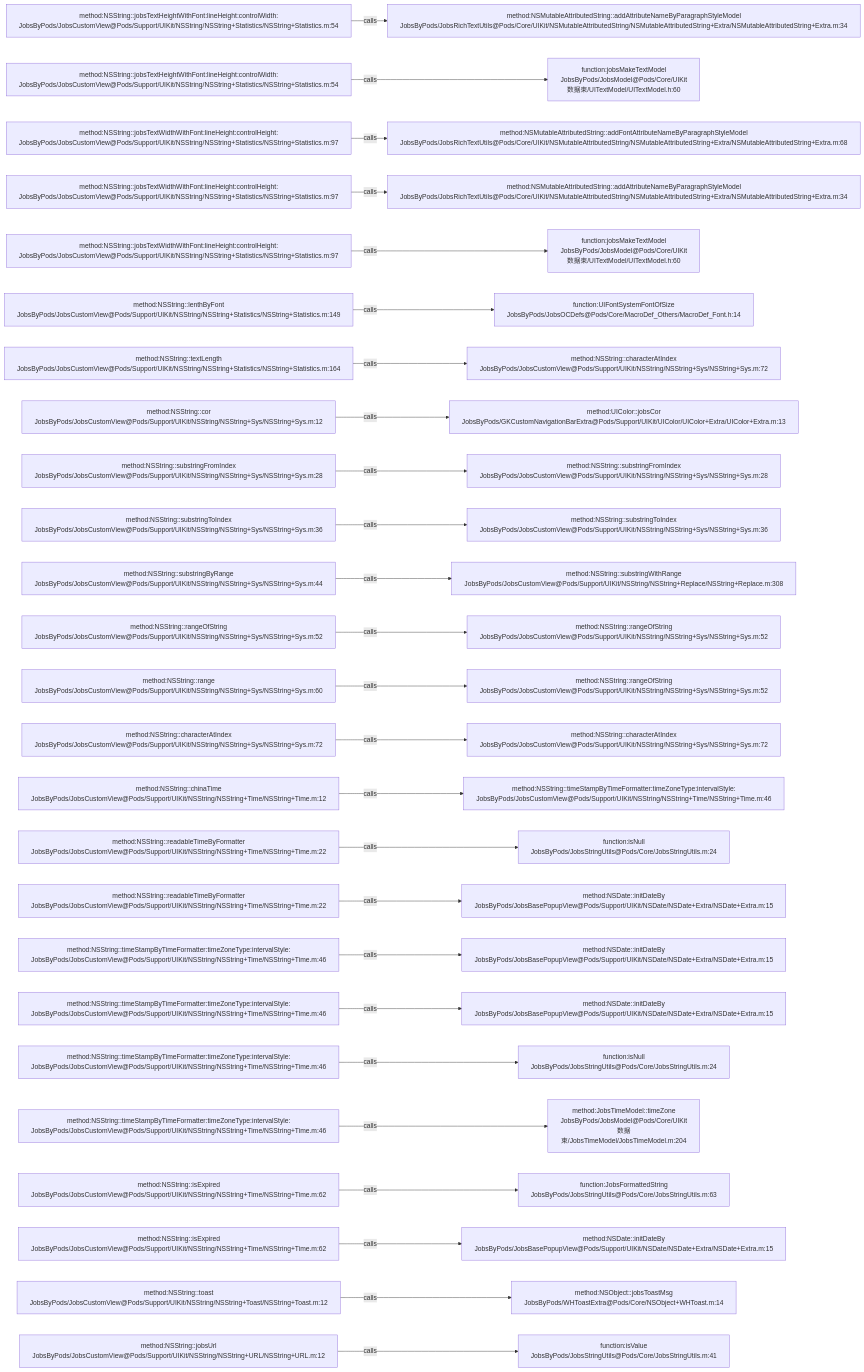
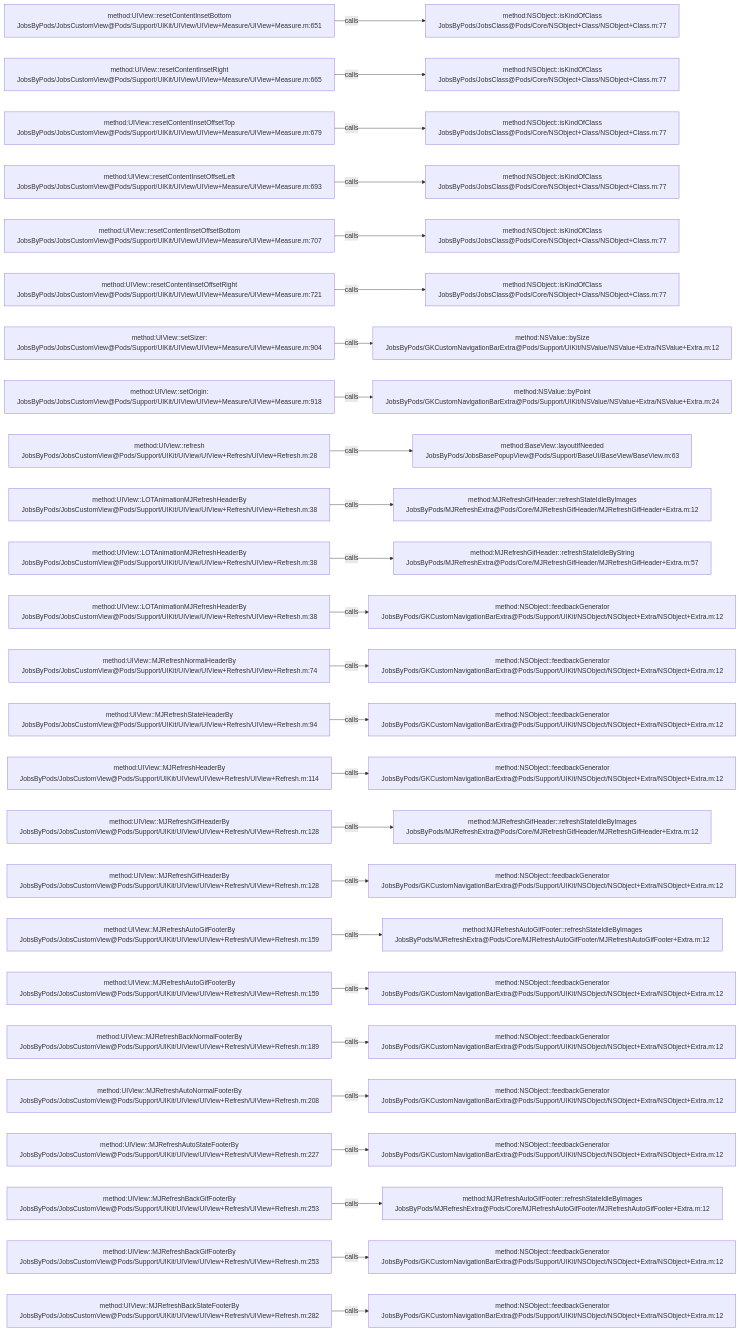
Before and after one commit to JobsKits/JobsOCBaseConfigDemo: the diagram in .codegraph/codegraph.md/graphs/calls-087.md, drawn with Mermaid. The commit also changed 639 other files, not shown here.

````diff
--- a/.codegraph/codegraph.md/graphs/calls-087.md
+++ b/.codegraph/codegraph.md/graphs/calls-087.md
@@ -13,78 +13,78 @@
 ```mermaid
 flowchart LR
-  S1["method:NSString::jobsTextHeightWithFont:lineHeight:controlWidth:<br/>JobsByPods/JobsCustomView@Pods/Support/UIKit/NSString/NSString+Statistics/NSString+Statistics.m:54"]
-  T1["method:NSMutableAttributedString::addAttributeNameByParagraphStyleModel<br/>JobsByPods/JobsRichTextUtils@Pods/Core/UIKit/NSMutableAttributedString/NSMutableAttributedString+Extra/NSMutableAttributedString+Extra.m:34"]
+  S1["method:UIView::resetContentInsetBottom<br/>JobsByPods/JobsCustomView@Pods/Support/UIKit/UIView/UIView+Measure/UIView+Measure.m:651"]
+  T1["method:NSObject::isKindOfClass<br/>JobsByPods/JobsClass@Pods/Core/NSObject+Class/NSObject+Class.m:77"]
   S1 -->|calls| T1
-  S2["method:NSString::jobsTextHeightWithFont:lineHeight:controlWidth:<br/>JobsByPods/JobsCustomView@Pods/Support/UIKit/NSString/NSString+Statistics/NSString+Statistics.m:54"]
-  T2["function:jobsMakeTextModel<br/>JobsByPods/JobsModel@Pods/Core/UIKit数据束/UITextModel/UITextModel.h:60"]
+  S2["method:UIView::resetContentInsetRight<br/>JobsByPods/JobsCustomView@Pods/Support/UIKit/UIView/UIView+Measure/UIView+Measure.m:665"]
+  T2["method:NSObject::isKindOfClass<br/>JobsByPods/JobsClass@Pods/Core/NSObject+Class/NSObject+Class.m:77"]
   S2 -->|calls| T2
-  S3["method:NSString::jobsTextWidthWithFont:lineHeight:controlHeight:<br/>JobsByPods/JobsCustomView@Pods/Support/UIKit/NSString/NSString+Statistics/NSString+Statistics.m:97"]
-  T3["method:NSMutableAttributedString::addFontAttributeNameByParagraphStyleModel<br/>JobsByPods/JobsRichTextUtils@Pods/Core/UIKit/NSMutableAttributedString/NSMutableAttributedString+Extra/NSMutableAttributedString+Extra.m:68"]
+  S3["method:UIView::resetContentInsetOffsetTop<br/>JobsByPods/JobsCustomView@Pods/Support/UIKit/UIView/UIView+Measure/UIView+Measure.m:679"]
+  T3["method:NSObject::isKindOfClass<br/>JobsByPods/JobsClass@Pods/Core/NSObject+Class/NSObject+Class.m:77"]
   S3 -->|calls| T3
-  S4["method:NSString::jobsTextWidthWithFont:lineHeight:controlHeight:<br/>JobsByPods/JobsCustomView@Pods/Support/UIKit/NSString/NSString+Statistics/NSString+Statistics.m:97"]
-  T4["method:NSMutableAttributedString::addAttributeNameByParagraphStyleModel<br/>JobsByPods/JobsRichTextUtils@Pods/Core/UIKit/NSMutableAttributedString/NSMutableAttributedString+Extra/NSMutableAttributedString+Extra.m:34"]
+  S4["method:UIView::resetContentInsetOffsetLeft<br/>JobsByPods/JobsCustomView@Pods/Support/UIKit/UIView/UIView+Measure/UIView+Measure.m:693"]
+  T4["method:NSObject::isKindOfClass<br/>JobsByPods/JobsClass@Pods/Core/NSObject+Class/NSObject+Class.m:77"]
   S4 -->|calls| T4
-  S5["method:NSString::jobsTextWidthWithFont:lineHeight:controlHeight:<br/>JobsByPods/JobsCustomView@Pods/Support/UIKit/NSString/NSString+Statistics/NSString+Statistics.m:97"]
-  T5["function:jobsMakeTextModel<br/>JobsByPods/JobsModel@Pods/Core/UIKit数据束/UITextModel/UITextModel.h:60"]
+  S5["method:UIView::resetContentInsetOffsetBottom<br/>JobsByPods/JobsCustomView@Pods/Support/UIKit/UIView/UIView+Measure/UIView+Measure.m:707"]
+  T5["method:NSObject::isKindOfClass<br/>JobsByPods/JobsClass@Pods/Core/NSObject+Class/NSObject+Class.m:77"]
   S5 -->|calls| T5
-  S6["method:NSString::lenthByFont<br/>JobsByPods/JobsCustomView@Pods/Support/UIKit/NSString/NSString+Statistics/NSString+Statistics.m:149"]
-  T6["function:UIFontSystemFontOfSize<br/>JobsByPods/JobsOCDefs@Pods/Core/MacroDef_Others/MacroDef_Font.h:14"]
+  S6["method:UIView::resetContentInsetOffsetRight<br/>JobsByPods/JobsCustomView@Pods/Support/UIKit/UIView/UIView+Measure/UIView+Measure.m:721"]
+  T6["method:NSObject::isKindOfClass<br/>JobsByPods/JobsClass@Pods/Core/NSObject+Class/NSObject+Class.m:77"]
   S6 -->|calls| T6
-  S7["method:NSString::textLength<br/>JobsByPods/JobsCustomView@Pods/Support/UIKit/NSString/NSString+Statistics/NSString+Statistics.m:164"]
-  T7["method:NSString::characterAtIndex<br/>JobsByPods/JobsCustomView@Pods/Support/UIKit/NSString/NSString+Sys/NSString+Sys.m:72"]
+  S7["method:UIView::setSizer:<br/>JobsByPods/JobsCustomView@Pods/Support/UIKit/UIView/UIView+Measure/UIView+Measure.m:904"]
+  T7["method:NSValue::bySize<br/>JobsByPods/GKCustomNavigationBarExtra@Pods/Support/UIKit/NSValue/NSValue+Extra/NSValue+Extra.m:12"]
   S7 -->|calls| T7
-  S8["method:NSString::cor<br/>JobsByPods/JobsCustomView@Pods/Support/UIKit/NSString/NSString+Sys/NSString+Sys.m:12"]
-  T8["method:UIColor::jobsCor<br/>JobsByPods/GKCustomNavigationBarExtra@Pods/Support/UIKit/UIColor/UIColor+Extra/UIColor+Extra.m:13"]
+  S8["method:UIView::setOrigin:<br/>JobsByPods/JobsCustomView@Pods/Support/UIKit/UIView/UIView+Measure/UIView+Measure.m:918"]
+  T8["method:NSValue::byPoint<br/>JobsByPods/GKCustomNavigationBarExtra@Pods/Support/UIKit/NSValue/NSValue+Extra/NSValue+Extra.m:24"]
   S8 -->|calls| T8
-  S9["method:NSString::substringFromIndex<br/>JobsByPods/JobsCustomView@Pods/Support/UIKit/NSString/NSString+Sys/NSString+Sys.m:28"]
-  T9["method:NSString::substringFromIndex<br/>JobsByPods/JobsCustomView@Pods/Support/UIKit/NSString/NSString+Sys/NSString+Sys.m:28"]
+  S9["method:UIView::refresh<br/>JobsByPods/JobsCustomView@Pods/Support/UIKit/UIView/UIView+Refresh/UIView+Refresh.m:28"]
+  T9["method:BaseView::layoutIfNeeded<br/>JobsByPods/JobsBasePopupView@Pods/Support/BaseUI/BaseView/BaseView.m:63"]
   S9 -->|calls| T9
-  S10["method:NSString::substringToIndex<br/>JobsByPods/JobsCustomView@Pods/Support/UIKit/NSString/NSString+Sys/NSString+Sys.m:36"]
-  T10["method:NSString::substringToIndex<br/>JobsByPods/JobsCustomView@Pods/Support/UIKit/NSString/NSString+Sys/NSString+Sys.m:36"]
+  S10["method:UIView::LOTAnimationMJRefreshHeaderBy<br/>JobsByPods/JobsCustomView@Pods/Support/UIKit/UIView/UIView+Refresh/UIView+Refresh.m:38"]
+  T10["method:MJRefreshGifHeader::refreshStateIdleByImages<br/>JobsByPods/MJRefreshExtra@Pods/Core/MJRefreshGifHeader/MJRefreshGifHeader+Extra.m:12"]
   S10 -->|calls| T10
-  S11["method:NSString::substringByRange<br/>JobsByPods/JobsCustomView@Pods/Support/UIKit/NSString/NSString+Sys/NSString+Sys.m:44"]
-  T11["method:NSString::substringWithRange<br/>JobsByPods/JobsCustomView@Pods/Support/UIKit/NSString/NSString+Replace/NSString+Replace.m:308"]
+  S11["method:UIView::LOTAnimationMJRefreshHeaderBy<br/>JobsByPods/JobsCustomView@Pods/Support/UIKit/UIView/UIView+Refresh/UIView+Refresh.m:38"]
+  T11["method:MJRefreshGifHeader::refreshStateIdleByString<br/>JobsByPods/MJRefreshExtra@Pods/Core/MJRefreshGifHeader/MJRefreshGifHeader+Extra.m:57"]
   S11 -->|calls| T11
-  S12["method:NSString::rangeOfString<br/>JobsByPods/JobsCustomView@Pods/Support/UIKit/NSString/NSString+Sys/NSString+Sys.m:52"]
-  T12["method:NSString::rangeOfString<br/>JobsByPods/JobsCustomView@Pods/Support/UIKit/NSString/NSString+Sys/NSString+Sys.m:52"]
+  S12["method:UIView::LOTAnimationMJRefreshHeaderBy<br/>JobsByPods/JobsCustomView@Pods/Support/UIKit/UIView/UIView+Refresh/UIView+Refresh.m:38"]
+  T12["method:NSObject::feedbackGenerator<br/>JobsByPods/GKCustomNavigationBarExtra@Pods/Support/UIKit/NSObject/NSObject+Extra/NSObject+Extra.m:12"]
   S12 -->|calls| T12
-  S13["method:NSString::range<br/>JobsByPods/JobsCustomView@Pods/Support/UIKit/NSString/NSString+Sys/NSString+Sys.m:60"]
-  T13["method:NSString::rangeOfString<br/>JobsByPods/JobsCustomView@Pods/Support/UIKit/NSString/NSString+Sys/NSString+Sys.m:52"]
+  S13["method:UIView::MJRefreshNormalHeaderBy<br/>JobsByPods/JobsCustomView@Pods/Support/UIKit/UIView/UIView+Refresh/UIView+Refresh.m:74"]
+  T13["method:NSObject::feedbackGenerator<br/>JobsByPods/GKCustomNavigationBarExtra@Pods/Support/UIKit/NSObject/NSObject+Extra/NSObject+Extra.m:12"]
   S13 -->|calls| T13
-  S14["method:NSString::characterAtIndex<br/>JobsByPods/JobsCustomView@Pods/Support/UIKit/NSString/NSString+Sys/NSString+Sys.m:72"]
-  T14["method:NSString::characterAtIndex<br/>JobsByPods/JobsCustomView@Pods/Support/UIKit/NSString/NSString+Sys/NSString+Sys.m:72"]
+  S14["method:UIView::MJRefreshStateHeaderBy<br/>JobsByPods/JobsCustomView@Pods/Support/UIKit/UIView/UIView+Refresh/UIView+Refresh.m:94"]
+  T14["method:NSObject::feedbackGenerator<br/>JobsByPods/GKCustomNavigationBarExtra@Pods/Support/UIKit/NSObject/NSObject+Extra/NSObject+Extra.m:12"]
   S14 -->|calls| T14
-  S15["method:NSString::chinaTime<br/>JobsByPods/JobsCustomView@Pods/Support/UIKit/NSString/NSString+Time/NSString+Time.m:12"]
-  T15["method:NSString::timeStampByTimeFormatter:timeZoneType:intervalStyle:<br/>JobsByPods/JobsCustomView@Pods/Support/UIKit/NSString/NSString+Time/NSString+Time.m:46"]
+  S15["method:UIView::MJRefreshHeaderBy<br/>JobsByPods/JobsCustomView@Pods/Support/UIKit/UIView/UIView+Refresh/UIView+Refresh.m:114"]
+  T15["method:NSObject::feedbackGenerator<br/>JobsByPods/GKCustomNavigationBarExtra@Pods/Support/UIKit/NSObject/NSObject+Extra/NSObject+Extra.m:12"]
   S15 -->|calls| T15
-  S16["method:NSString::readableTimeByFormatter<br/>JobsByPods/JobsCustomView@Pods/Support/UIKit/NSString/NSString+Time/NSString+Time.m:22"]
-  T16["function:isNull<br/>JobsByPods/JobsStringUtils@Pods/Core/JobsStringUtils.m:24"]
+  S16["method:UIView::MJRefreshGifHeaderBy<br/>JobsByPods/JobsCustomView@Pods/Support/UIKit/UIView/UIView+Refresh/UIView+Refresh.m:128"]
+  T16["method:MJRefreshGifHeader::refreshStateIdleByImages<br/>JobsByPods/MJRefreshExtra@Pods/Core/MJRefreshGifHeader/MJRefreshGifHeader+Extra.m:12"]
   S16 -->|calls| T16
-  S17["method:NSString::readableTimeByFormatter<br/>JobsByPods/JobsCustomView@Pods/Support/UIKit/NSString/NSString+Time/NSString+Time.m:22"]
-  T17["method:NSDate::initDateBy<br/>JobsByPods/JobsBasePopupView@Pods/Support/UIKit/NSDate/NSDate+Extra/NSDate+Extra.m:15"]
+  S17["method:UIView::MJRefreshGifHeaderBy<br/>JobsByPods/JobsCustomView@Pods/Support/UIKit/UIView/UIView+Refresh/UIView+Refresh.m:128"]
+  T17["method:NSObject::feedbackGenerator<br/>JobsByPods/GKCustomNavigationBarExtra@Pods/Support/UIKit/NSObject/NSObject+Extra/NSObject+Extra.m:12"]
   S17 -->|calls| T17
-  S18["method:NSString::timeStampByTimeFormatter:timeZoneType:intervalStyle:<br/>JobsByPods/JobsCustomView@Pods/Support/UIKit/NSString/NSString+Time/NSString+Time.m:46"]
-  T18["method:NSDate::initDateBy<br/>JobsByPods/JobsBasePopupView@Pods/Support/UIKit/NSDate/NSDate+Extra/NSDate+Extra.m:15"]
+  S18["method:UIView::MJRefreshAutoGifFooterBy<br/>JobsByPods/JobsCustomView@Pods/Support/UIKit/UIView/UIView+Refresh/UIView+Refresh.m:159"]
+  T18["method:MJRefreshAutoGifFooter::refreshStateIdleByImages<br/>JobsByPods/MJRefreshExtra@Pods/Core/MJRefreshAutoGifFooter/MJRefreshAutoGifFooter+Extra.m:12"]
   S18 -->|calls| T18
-  S19["method:NSString::timeStampByTimeFormatter:timeZoneType:intervalStyle:<br/>JobsByPods/JobsCustomView@Pods/Support/UIKit/NSString/NSString+Time/NSString+Time.m:46"]
-  T19["method:NSDate::initDateBy<br/>JobsByPods/JobsBasePopupView@Pods/Support/UIKit/NSDate/NSDate+Extra/NSDate+Extra.m:15"]
+  S19["method:UIView::MJRefreshAutoGifFooterBy<br/>JobsByPods/JobsCustomView@Pods/Support/UIKit/UIView/UIView+Refresh/UIView+Refresh.m:159"]
+  T19["method:NSObject::feedbackGenerator<br/>JobsByPods/GKCustomNavigationBarExtra@Pods/Support/UIKit/NSObject/NSObject+Extra/NSObject+Extra.m:12"]
   S19 -->|calls| T19
-  S20["method:NSString::timeStampByTimeFormatter:timeZoneType:intervalStyle:<br/>JobsByPods/JobsCustomView@Pods/Support/UIKit/NSString/NSString+Time/NSString+Time.m:46"]
-  T20["function:isNull<br/>JobsByPods/JobsStringUtils@Pods/Core/JobsStringUtils.m:24"]
+  S20["method:UIView::MJRefreshBackNormalFooterBy<br/>JobsByPods/JobsCustomView@Pods/Support/UIKit/UIView/UIView+Refresh/UIView+Refresh.m:189"]
+  T20["method:NSObject::feedbackGenerator<br/>JobsByPods/GKCustomNavigationBarExtra@Pods/Support/UIKit/NSObject/NSObject+Extra/NSObject+Extra.m:12"]
   S20 -->|calls| T20
-  S21["method:NSString::timeStampByTimeFormatter:timeZoneType:intervalStyle:<br/>JobsByPods/JobsCustomView@Pods/Support/UIKit/NSString/NSString+Time/NSString+Time.m:46"]
-  T21["method:JobsTimeModel::timeZone<br/>JobsByPods/JobsModel@Pods/Core/UIKit数据束/JobsTimeModel/JobsTimeModel.m:204"]
+  S21["method:UIView::MJRefreshAutoNormalFooterBy<br/>JobsByPods/JobsCustomView@Pods/Support/UIKit/UIView/UIView+Refresh/UIView+Refresh.m:208"]
+  T21["method:NSObject::feedbackGenerator<br/>JobsByPods/GKCustomNavigationBarExtra@Pods/Support/UIKit/NSObject/NSObject+Extra/NSObject+Extra.m:12"]
   S21 -->|calls| T21
-  S22["method:NSString::isExpired<br/>JobsByPods/JobsCustomView@Pods/Support/UIKit/NSString/NSString+Time/NSString+Time.m:62"]
-  T22["function:JobsFormattedString<br/>JobsByPods/JobsStringUtils@Pods/Core/JobsStringUtils.m:63"]
+  S22["method:UIView::MJRefreshAutoStateFooterBy<br/>JobsByPods/JobsCustomView@Pods/Support/UIKit/UIView/UIView+Refresh/UIView+Refresh.m:227"]
+  T22["method:NSObject::feedbackGenerator<br/>JobsByPods/GKCustomNavigationBarExtra@Pods/Support/UIKit/NSObject/NSObject+Extra/NSObject+Extra.m:12"]
   S22 -->|calls| T22
-  S23["method:NSString::isExpired<br/>JobsByPods/JobsCustomView@Pods/Support/UIKit/NSString/NSString+Time/NSString+Time.m:62"]
-  T23["method:NSDate::initDateBy<br/>JobsByPods/JobsBasePopupView@Pods/Support/UIKit/NSDate/NSDate+Extra/NSDate+Extra.m:15"]
+  S23["method:UIView::MJRefreshBackGifFooterBy<br/>JobsByPods/JobsCustomView@Pods/Support/UIKit/UIView/UIView+Refresh/UIView+Refresh.m:253"]
+  T23["method:MJRefreshAutoGifFooter::refreshStateIdleByImages<br/>JobsByPods/MJRefreshExtra@Pods/Core/MJRefreshAutoGifFooter/MJRefreshAutoGifFooter+Extra.m:12"]
   S23 -->|calls| T23
-  S24["method:NSString::toast<br/>JobsByPods/JobsCustomView@Pods/Support/UIKit/NSString/NSString+Toast/NSString+Toast.m:12"]
-  T24["method:NSObject::jobsToastMsg<br/>JobsByPods/WHToastExtra@Pods/Core/NSObject+WHToast.m:14"]
+  S24["method:UIView::MJRefreshBackGifFooterBy<br/>JobsByPods/JobsCustomView@Pods/Support/UIKit/UIView/UIView+Refresh/UIView+Refresh.m:253"]
+  T24["method:NSObject::feedbackGenerator<br/>JobsByPods/GKCustomNavigationBarExtra@Pods/Support/UIKit/NSObject/NSObject+Extra/NSObject+Extra.m:12"]
   S24 -->|calls| T24
-  S25["method:NSString::jobsUrl<br/>JobsByPods/JobsCustomView@Pods/Support/UIKit/NSString/NSString+URL/NSString+URL.m:12"]
-  T25["function:isValue<br/>JobsByPods/JobsStringUtils@Pods/Core/JobsStringUtils.m:41"]
+  S25["method:UIView::MJRefreshBackStateFooterBy<br/>JobsByPods/JobsCustomView@Pods/Support/UIKit/UIView/UIView+Refresh/UIView+Refresh.m:282"]
+  T25["method:NSObject::feedbackGenerator<br/>JobsByPods/GKCustomNavigationBarExtra@Pods/Support/UIKit/NSObject/NSObject+Extra/NSObject+Extra.m:12"]
   S25 -->|calls| T25
 ```
````
